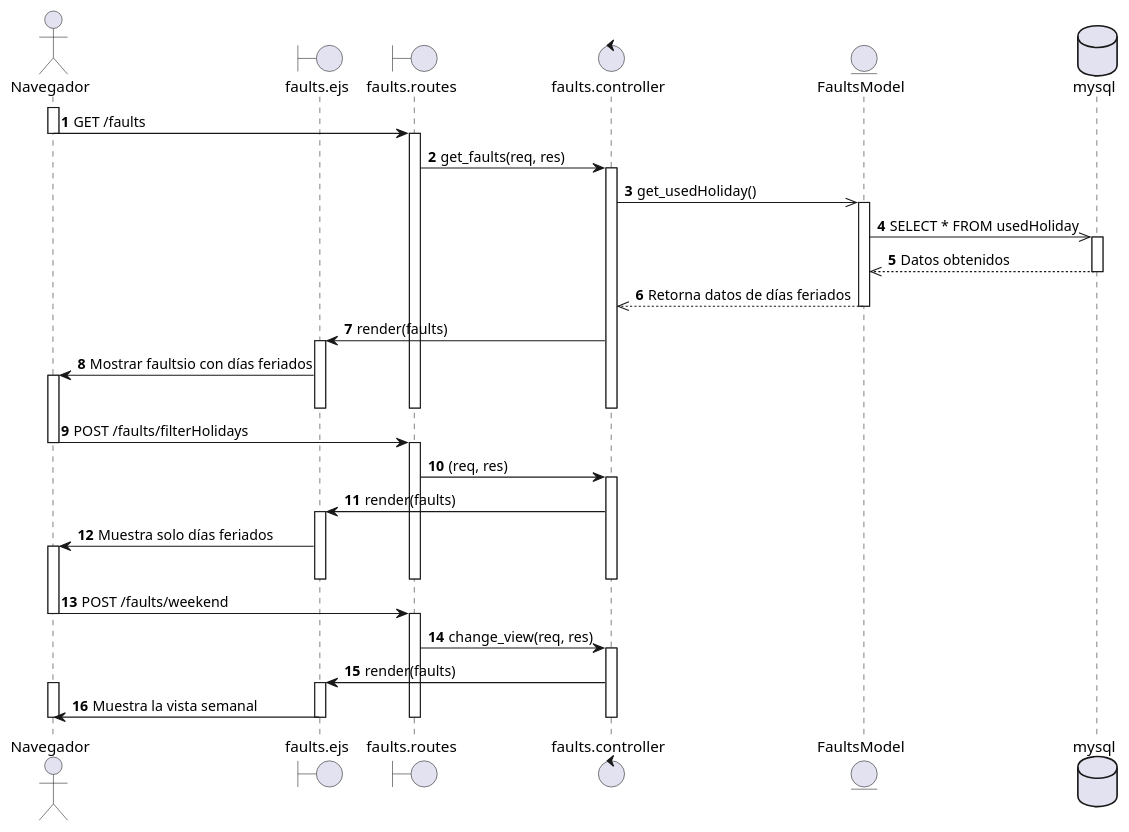
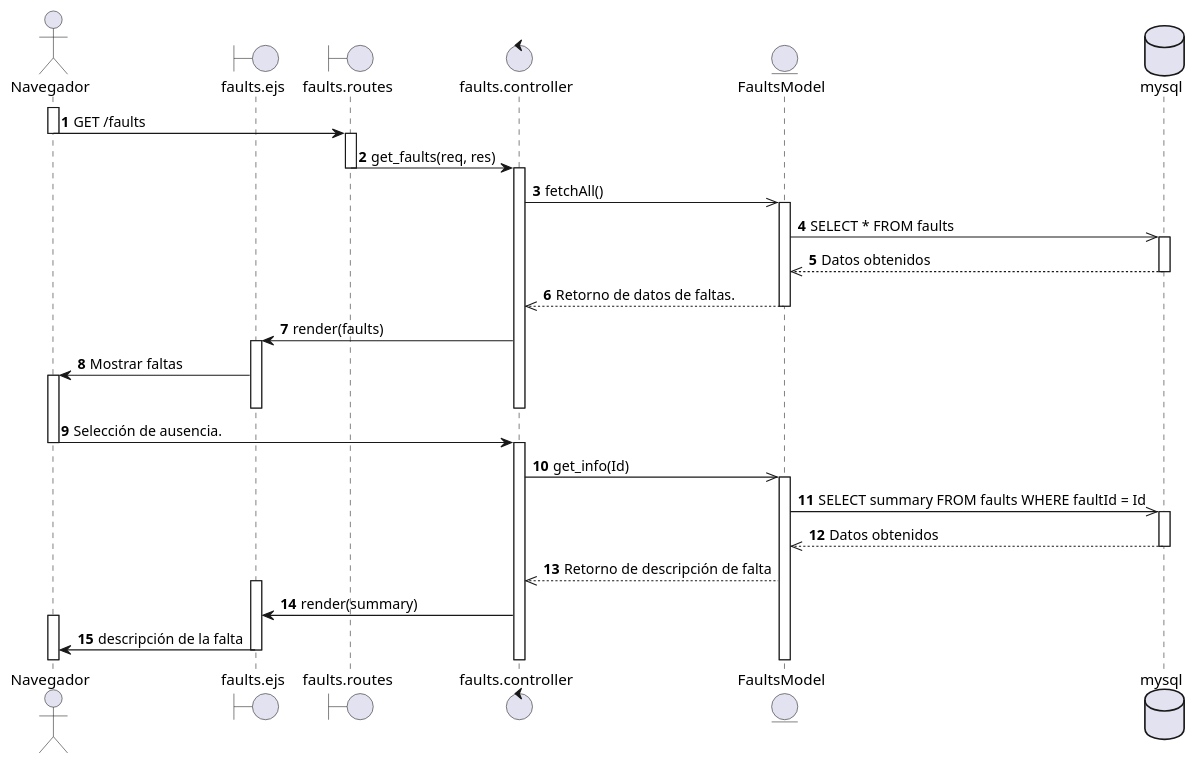
Before and after one commit to EdCanCe/WorkCells: the diagram in diagrams/Casos de Uso/Mauricio/diagrama de secuencia/CU01.puml, drawn with PlantUML.

Commit message:
changes on CU01 - secuencia

```diff
--- a/diagrams/Casos de Uso/Mauricio/diagrama de secuencia/CU01.puml
+++ b/diagrams/Casos de Uso/Mauricio/diagrama de secuencia/CU01.puml
@@ -1,73 +1,60 @@
 @startuml
 actor Navegador
 boundary faults.ejs
 boundary faults.routes
 control faults.controller
 entity FaultsModel
 database mysql
 
 
 autonumber
 ' Inicio del flujo
 activate Navegador
 Navegador -> faults.routes : GET /faults
 deactivate Navegador
 activate faults.routes
-
 faults.routes -> faults.controller : get_faults(req, res)
+deactivate faults.routes
 activate faults.controller
 
 
 ' Se utiliza la instancia para obtener los datos
-faults.controller ->> FaultsModel : get_usedHoliday()
+faults.controller ->> FaultsModel : fetchAll()
 activate FaultsModel
 
-FaultsModel ->> mysql : SELECT * FROM usedHoliday
+FaultsModel ->> mysql : SELECT * FROM faults
 activate mysql
 mysql -->> FaultsModel : Datos obtenidos
 deactivate mysql
 
-FaultsModel -->> faults.controller : Retorna datos de días feriados
+FaultsModel -->> faults.controller : Retorno de datos de faltas.
 deactivate FaultsModel
 
 faults.controller -> faults.ejs : render(faults)
 activate faults.ejs
-faults.ejs -> Navegador : Mostrar faultsio con días feriados
+faults.ejs -> Navegador : Mostrar faltas
 activate Navegador
 deactivate faults.ejs
 deactivate faults.controller
 deactivate faults.routes
 
-' Filtrar por días feriados
-Navegador -> faults.routes : POST /faults/filterHolidays
+Navegador -> faults.controller : Selección de ausencia.
 deactivate Navegador
-activate faults.routes
+activate faults.controller
+faults.controller ->> FaultsModel : get_info(Id)
+activate FaultsModel
+FaultsModel ->> mysql : SELECT summary FROM faults WHERE faultId = Id
+activate mysql
+mysql -->> FaultsModel : Datos obtenidos
+deactivate mysql
+FaultsModel -->> faults.controller : Retorno de descripción de falta
+activate faults.ejs
+faults.controller -> faults.ejs : render(summary)
+activate Navegador
+faults.ejs -> Navegador : descripción de la falta
+deactivate faults.ejs
 
-faults.routes -> faults.controller : (req, res)
-activate faults.controller
 
-faults.controller -> faults.ejs : render(faults)
-activate faults.ejs
-faults.ejs -> Navegador : Muestra solo días feriados
-activate Navegador
-deactivate faults.ejs
-deactivate faults.controller
-deactivate faults.routes
 
-' Cambiar la vista (semana)
-Navegador -> faults.routes : POST /faults/weekend
-deactivate Navegador
-activate faults.routes
 
-faults.routes -> faults.controller : change_view(req, res)
-activate faults.controller
-
-faults.controller -> faults.ejs : render(faults)
-activate faults.ejs
-activate Navegador
-faults.ejs -> Navegador : Muestra la vista semanal
-deactivate Navegador
-deactivate faults.ejs
-deactivate faults.controller
-deactivate faults.routes
 @enduml
```
